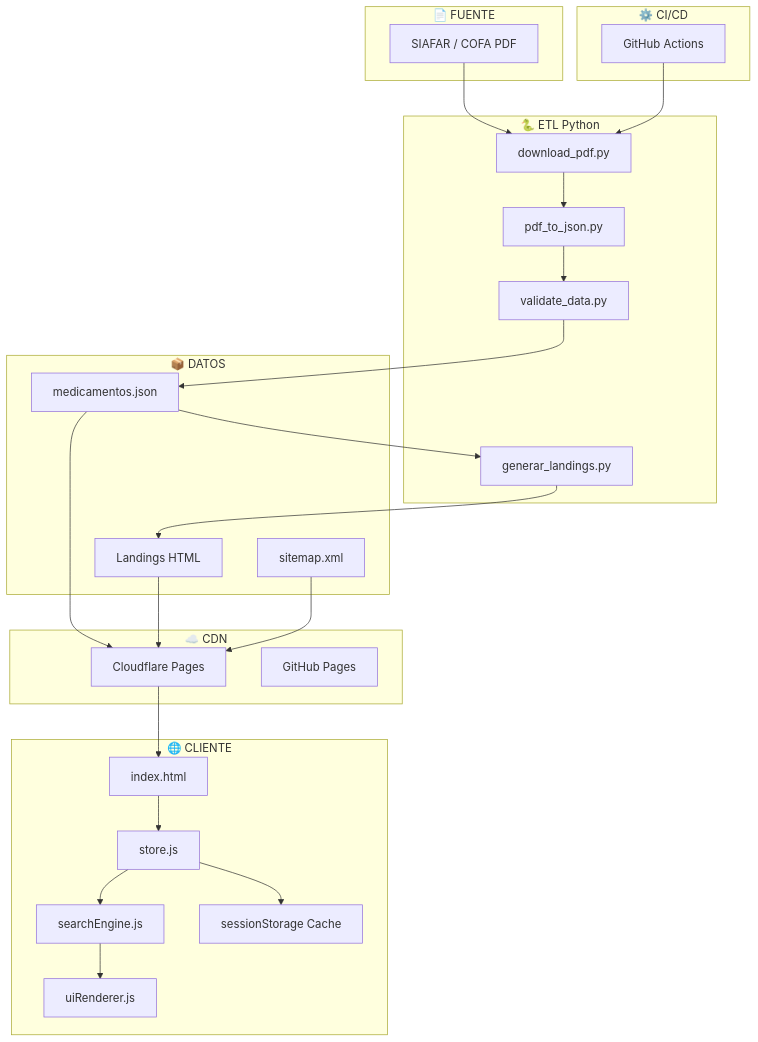
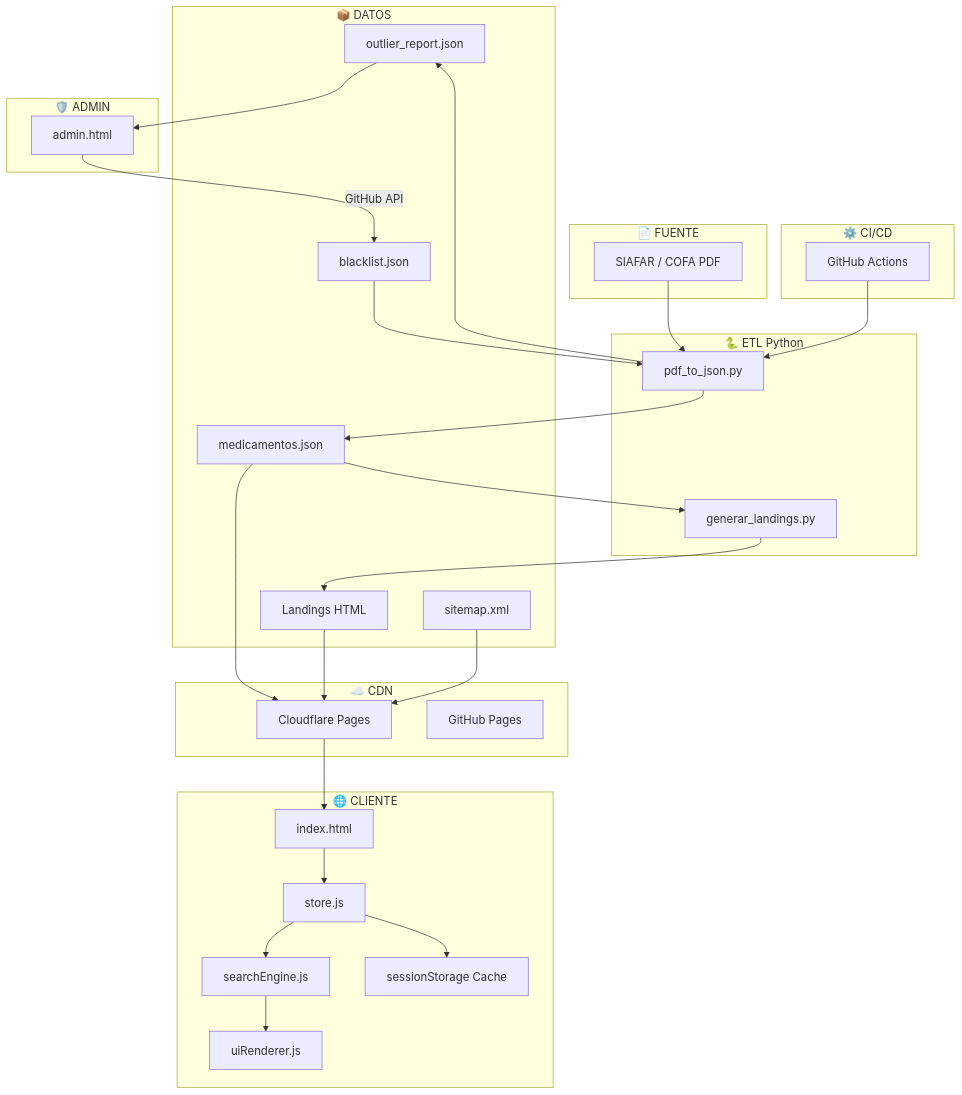
Before and after one commit to psbella/remediar: the eighth of 10 diagrams in README.md, drawn with Mermaid. The commit also changed other lines of this file, not shown here.

````diff
--- a/README.md
+++ b/README.md
@@ -542,58 +813,56 @@
 ```mermaid
 flowchart TD
 
     subgraph CLIENT["🌐 CLIENTE"]
         A[index.html]
         B[store.js]
         C[searchEngine.js]
         D[uiRenderer.js]
         E[sessionStorage Cache]
     end
 
     subgraph CDN["☁️ CDN"]
         F[Cloudflare Pages]
         G[GitHub Pages]
     end
 
     subgraph DATA["📦 DATOS"]
         H[medicamentos.json]
+        HR[outlier_report.json]
+        HB[blacklist.json]
         I[Landings HTML]
         J[sitemap.xml]
     end
 
     subgraph ETL["🐍 ETL Python"]
-        K[download_pdf.py]
-        L[pdf_to_json.py]
-        M[validate_data.py]
-        N[generar_landings.py]
+        K[pdf_to_json.py]
+        L[generar_landings.py]
+    end
+
+    subgraph ADMIN["🛡️ ADMIN"]
+        ADM[admin.html]
     end
 
     subgraph SOURCE["📄 FUENTE"]
         O[SIAFAR / COFA PDF]
     end
 
     subgraph CI["⚙️ CI/CD"]
         P[GitHub Actions]
     end
 
     O --> K
-    K --> L
-    L --> M
-    M --> H
-    H --> N
-    N --> I
+    HB --> K
+    K --> H & HR
+    H --> L --> I
 
-    H --> F
-    I --> F
-    J --> F
+    H & I & J --> F
+    F --> A
+    A --> B --> C --> D
+    B --> E
 
-    F --> A
-
-    A --> B
-    B --> C
-    C --> D
-
-    B --> E
+    HR --> ADM
+    ADM -->|GitHub API| HB
 
     P --> K
 ```
````
